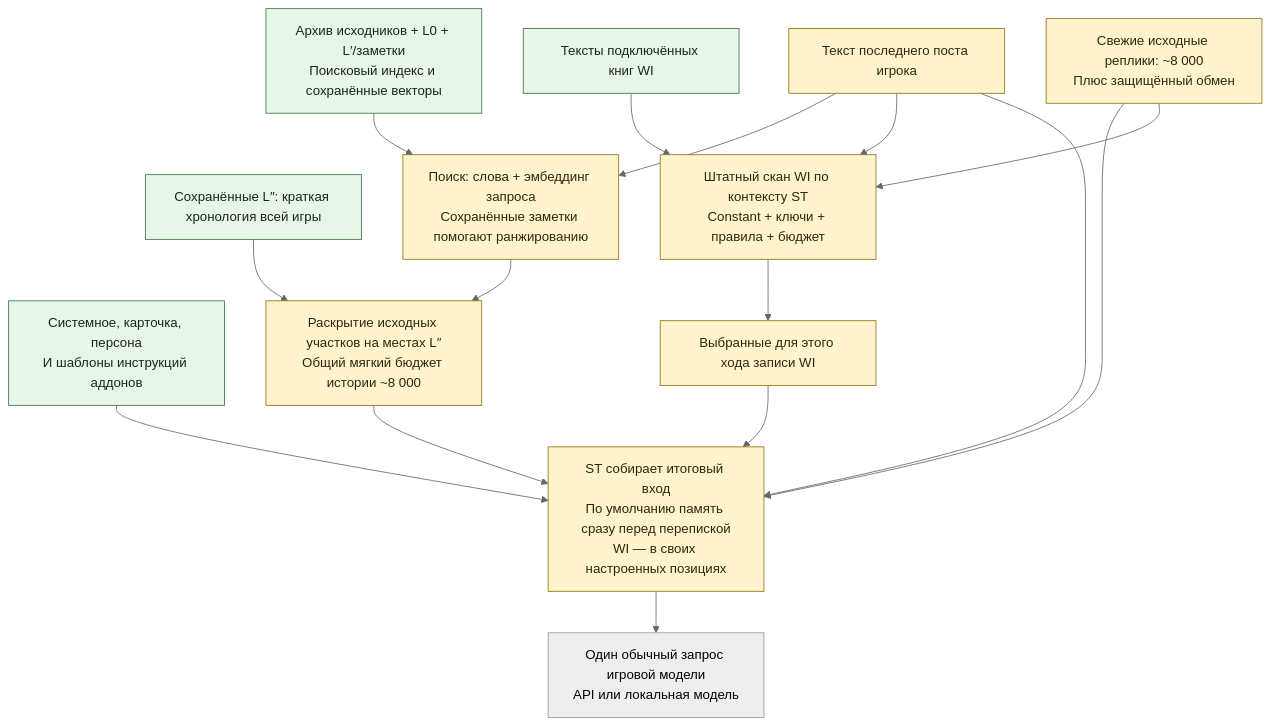
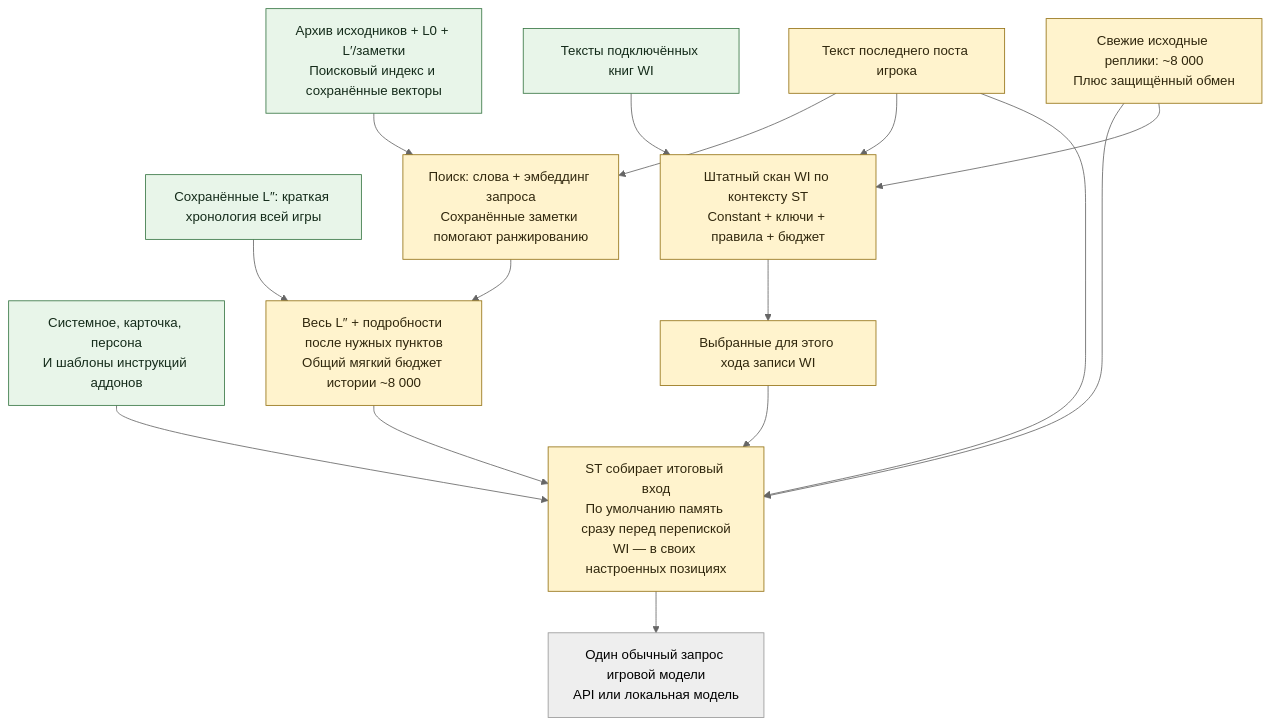
The second of 2 diagrams in README_RU.md (Ilya626/Extension-WorldMemory), drawn with Mermaid (neutral theme) before and after one commit. The commit also changed other lines of this file and 6 other files, not shown here.

````diff
--- a/README_RU.md
+++ b/README_RU.md
@@ -77,28 +77,28 @@
 ```mermaid
 flowchart TD
         C["Системное, карточка, персона<br/>И шаблоны инструкций аддонов"]
         I["Архив исходников + L0 + L′/заметки<br/>Поисковый индекс и сохранённые векторы"]
         J["Сохранённые L″: краткая хронология всей игры"]
         W["Тексты подключённых книг WI"]
         Q["Текст последнего поста игрока"] --> R["Поиск: слова + эмбеддинг запроса<br/>Сохранённые заметки помогают ранжированию"]
-        R --> H["Раскрытие исходных участков на местах L″<br/>Общий мягкий бюджет истории ~8 000"]
+        R --> H["Весь L″ + подробности после нужных пунктов<br/>Общий мягкий бюджет истории ~8 000"]
         J --> H
         T["Свежие исходные реплики: ~8 000<br/>Плюс защищённый обмен"]
         S["Штатный скан WI по контексту ST<br/>Constant + ключи + правила + бюджет"]
         S --> X["Выбранные для этого хода записи WI"]
         G["ST собирает итоговый вход<br/>По умолчанию память сразу перед перепиской<br/>WI — в своих настроенных позициях"]
         H --> G
         T --> G
         X --> G
     I --> R
     W --> S
     Q --> S
     T --> S
     Q --> G
     C --> G
     G --> M["Один обычный запрос игровой модели<br/>API или локальная модель"]
     classDef saved fill:#e8f5e9,stroke:#387644,color:#142b1a;
     classDef rebuilt fill:#fff3cd,stroke:#947214,color:#30270d;
     class C,I,W,J saved;
     class Q,R,H,T,S,X,G rebuilt;
 ```
````
